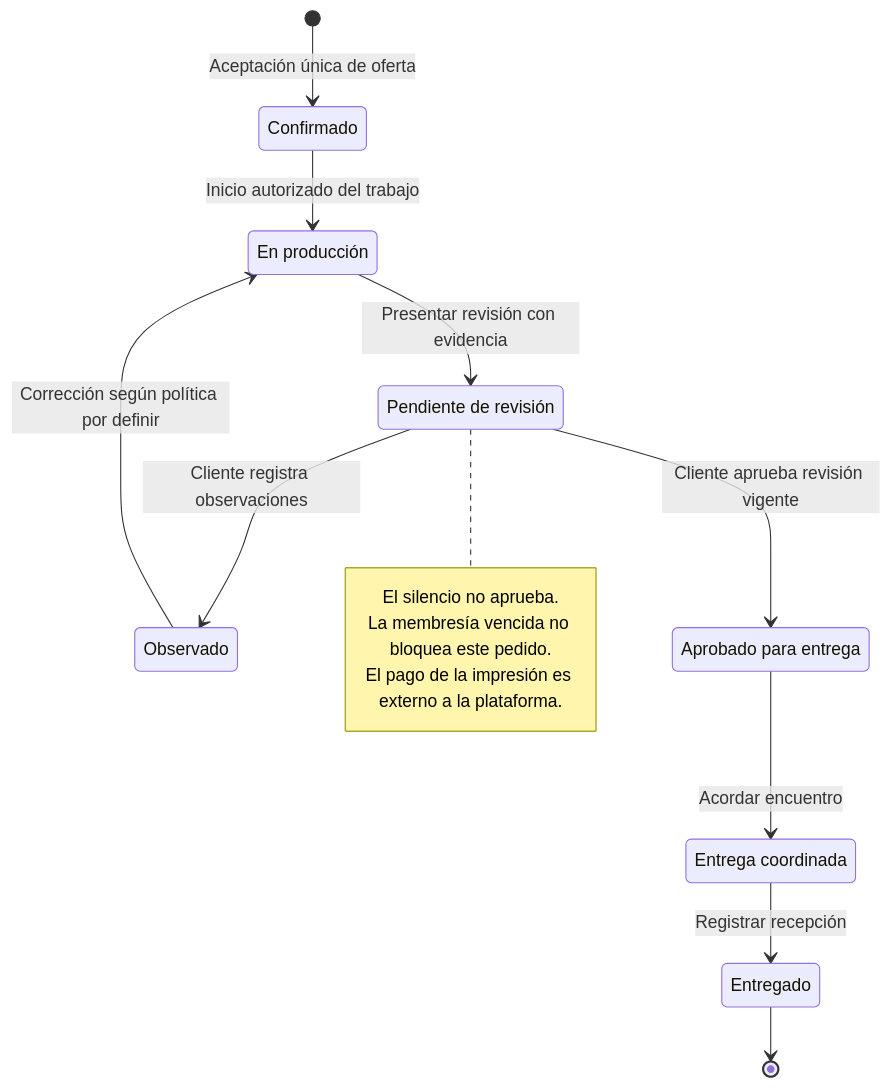
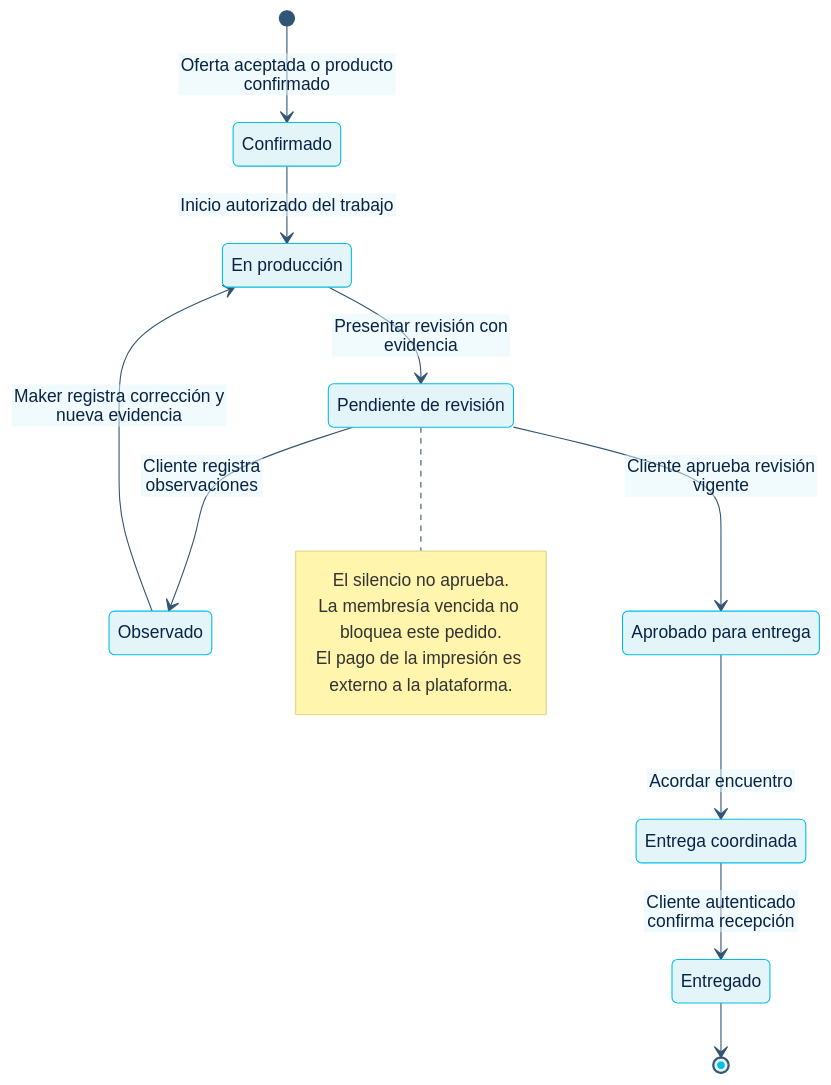
One commit to chill0101/3daltoque-docs changed the fourth of 12 diagrams in src/content/docs/flujos/estados.md. Above: the diagram before and after it, drawn with Mermaid. The commit also changed other lines of this file and 145 other files, not shown here.

````diff
--- a/src/content/docs/flujos/estados.md
+++ b/src/content/docs/flujos/estados.md
@@ -126,26 +116,26 @@
 ```mermaid
+%%{init: {"theme":"base","themeVariables":{"primaryColor":"#E4F5FA","primaryTextColor":"#082345","primaryBorderColor":"#00BFE5","lineColor":"#315574","secondaryColor":"#F5F8FC","tertiaryColor":"#FFFFFF","fontFamily":"Manrope, sans-serif"},"flowchart":{"htmlLabels":false},"class":{"htmlLabels":false}}}%%
 stateDiagram-v2
   direction TB
   state "Confirmado" as confirmado
   state "En producción" as produccion
   state "Pendiente de revisión" as revision
   state "Observado" as observado
   state "Aprobado para entrega" as aprobado
   state "Entrega coordinada" as coordinado
   state "Entregado" as entregado
-  [*] --> confirmado: Aceptación única de oferta
+  [*] --> confirmado: Oferta aceptada o producto confirmado
   confirmado --> produccion: Inicio autorizado del trabajo
   produccion --> revision: Presentar revisión con evidencia
   revision --> observado: Cliente registra observaciones
-  observado --> produccion: Corrección según política por definir
+  observado --> produccion: Maker registra corrección y nueva evidencia
   revision --> aprobado: Cliente aprueba revisión vigente
   aprobado --> coordinado: Acordar encuentro
-  coordinado --> entregado: Registrar recepción
+  coordinado --> entregado: Cliente autenticado confirma recepción
   entregado --> [*]
   note right of revision
     El silencio no aprueba.
     La membresía vencida no bloquea este pedido.
     El pago de la impresión es externo a la plataforma.
   end note
-
 ```
````
